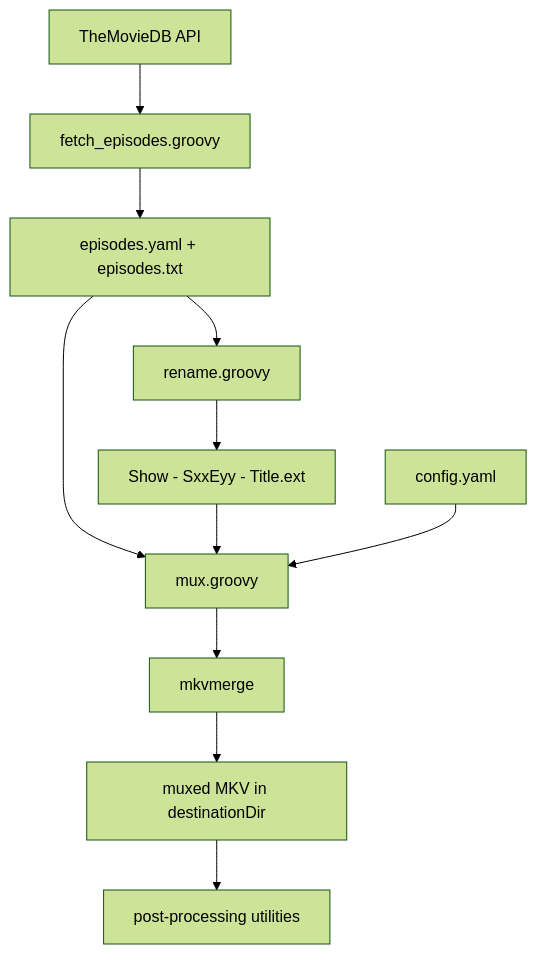
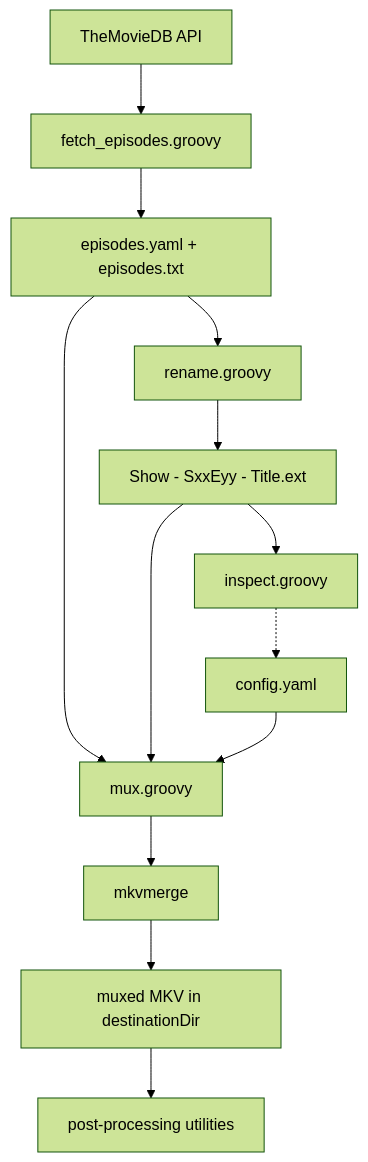
One commit to vdenisov/mkv-scripts changed the diagram in README.md. Above: the diagram before and after it, drawn with Mermaid (forest theme). The commit also changed other lines of this file and 20 other files, not shown here.

````diff
--- a/README.md
+++ b/README.md
@@ -42,12 +42,14 @@
 ```mermaid
 flowchart TD
     TMDB[TheMovieDB API] --> FETCH["fetch_episodes.groovy"]
     FETCH --> EP["episodes.yaml + episodes.txt"]
     EP --> REN["rename.groovy"]
     EP --> MKV
     REN --> FILES["Show - SxxEyy - Title.ext"]
+    FILES --> INSP["inspect.groovy"]
     FILES --> MKV["mux.groovy"]
-    CFG["config.yaml"] --> MKV
+    INSP -.-> CFG["config.yaml"]
+    CFG --> MKV
     MKV --> MERGE[mkvmerge] --> OUT["muxed MKV in destinationDir"]
     OUT --> POST["post-processing utilities"]
 ```
````
